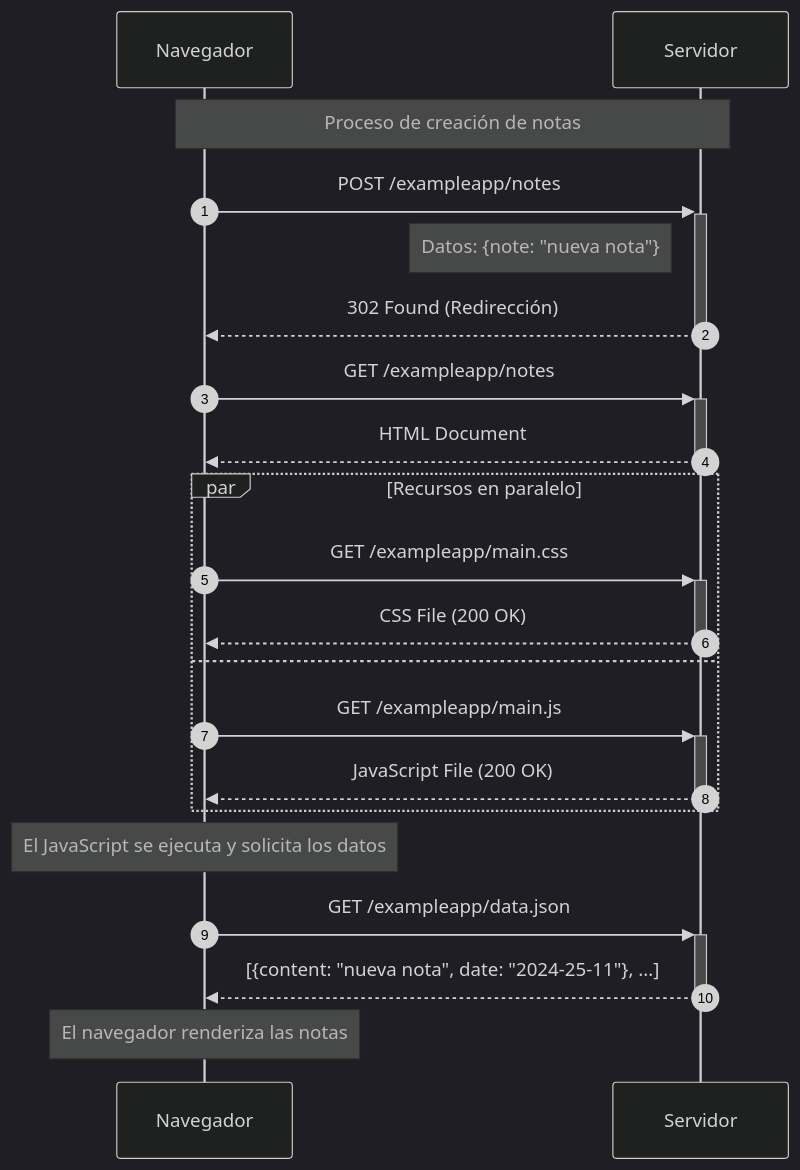
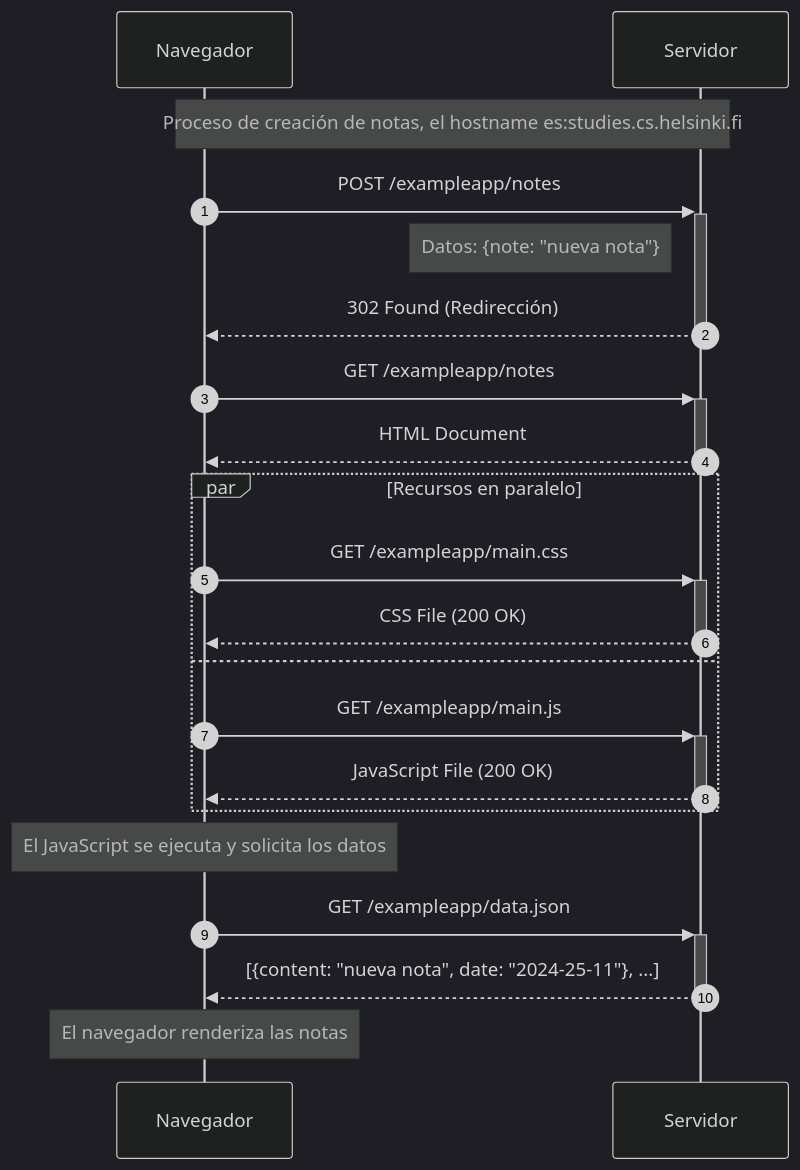
Before and after one commit to inkinvissible/fullstackopen_inkinvissible: the diagram in part0/notesSequenceDiagram.markdown, drawn with Mermaid (dark theme). The commit also changed 2 other files, not shown here.

Commit message:
SPA Sequence Diagrams (Notes and Index)

````diff
--- a/part0/notesSequenceDiagram.markdown
+++ b/part0/notesSequenceDiagram.markdown
@@ -1,33 +1,33 @@
 ```mermaid
   sequenceDiagram
       autonumber
       participant Client as Navegador
       participant Server as Servidor
       
-      note over Client,Server: Proceso de creación de notas
+      note over Client,Server: Proceso de creación de notas, el hostname es:studies.cs.helsinki.fi
       
       %% Crear nueva nota
       Client->>+Server: POST /exampleapp/notes
       note left of Server: Datos: {note: "nueva nota"}
       Server-->>-Client: 302 Found (Redirección)
       
       %% Recargar la página
       Client->>+Server: GET /exampleapp/notes
       Server-->>-Client: HTML Document
       
       %% Obtener recursos estáticos
       par Recursos en paralelo
           Client->>+Server: GET /exampleapp/main.css
           Server-->>-Client: CSS File (200 OK)
           and
           Client->>+Server: GET /exampleapp/main.js
           Server-->>-Client: JavaScript File (200 OK)
       end
       
       %% Obtener datos JSON
       note over Client: El JavaScript se ejecuta y solicita los datos
       Client->>+Server: GET /exampleapp/data.json
       Server-->>-Client: [{content: "nueva nota", date: "2024-25-11"}, ...]
       
       note over Client: El navegador renderiza las notas
 ```
````
